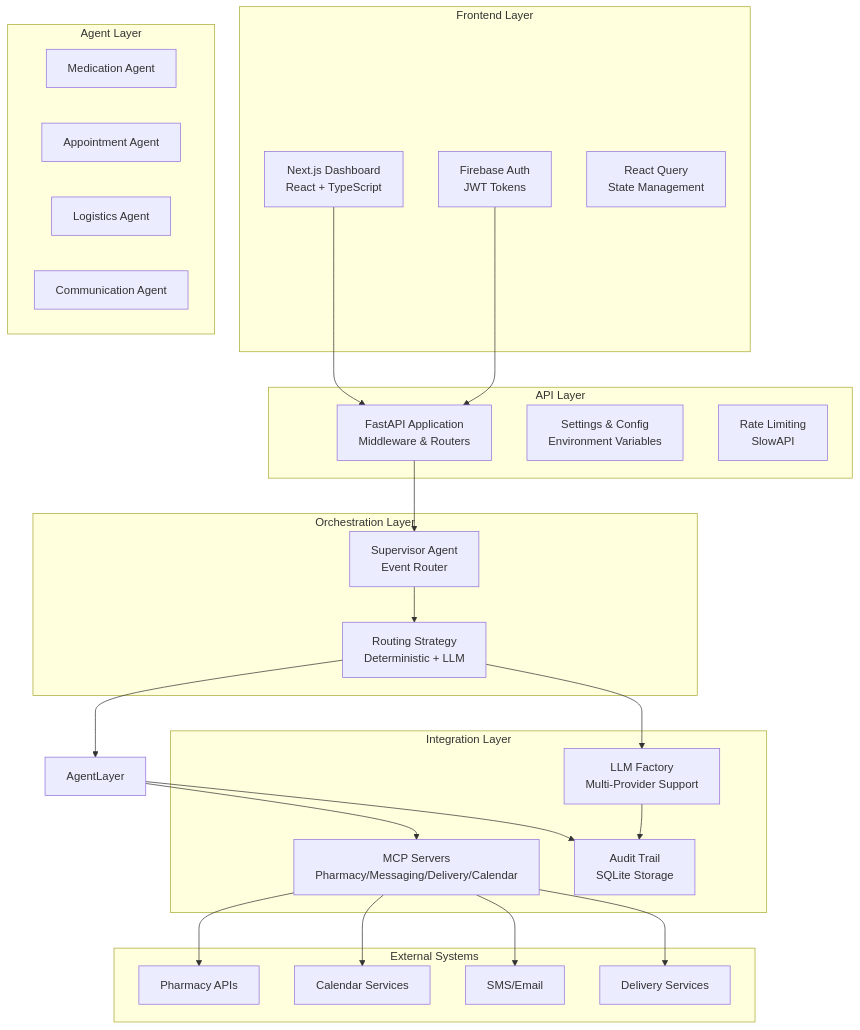
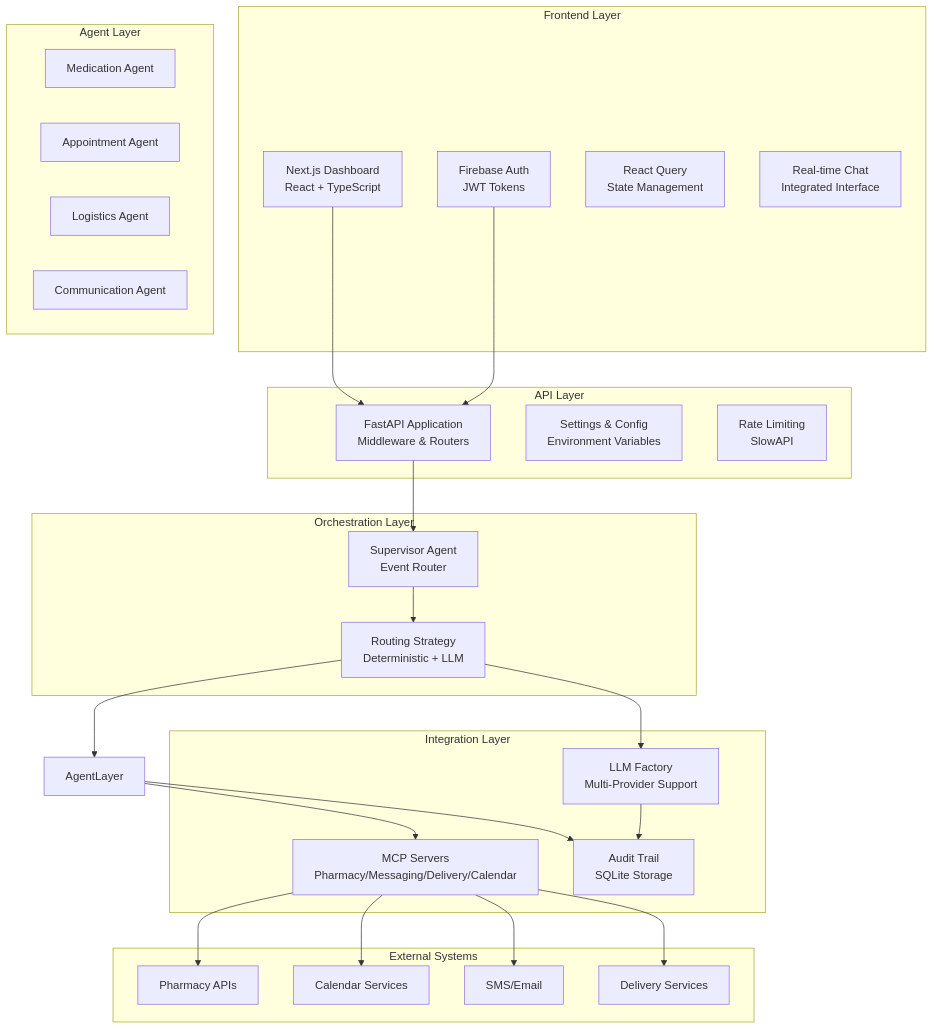
Before and after one commit to infamous-rebel/CareBridge: the first of 10 diagrams in .qoder/repowiki/en/content/Architecture Overview/Architecture Overview.md, drawn with Mermaid. The commit also changed other lines of this file and 6 other files, not shown here.

Commit message:
Fix: empty-list handling for appointments + correct boolean schema for medications

````diff
--- a/.qoder/repowiki/en/content/Architecture Overview/Architecture Overview.md
+++ b/.qoder/repowiki/en/content/Architecture Overview/Architecture Overview.md
@@ -56,47 +59,48 @@
 ```mermaid
 graph TB
 subgraph "Frontend Layer"
 UI[Next.js Dashboard<br/>React + TypeScript]
 Auth[Firebase Auth<br/>JWT Tokens]
 State[React Query<br/>State Management]
+Chat[Real-time Chat<br/>Integrated Interface]
 end
 subgraph "API Layer"
 FastAPI[FastAPI Application<br/>Middleware & Routers]
 Config[Settings & Config<br/>Environment Variables]
 RateLimit[Rate Limiting<br/>SlowAPI]
 end
 subgraph "Orchestration Layer"
 Supervisor[Supervisor Agent<br/>Event Router]
 Strategy[Routing Strategy<br/>Deterministic + LLM]
 end
 subgraph "Agent Layer"
 MedAgent[Medication Agent]
 AptAgent[Appointment Agent]
 LogAgent[Logistics Agent]
 CommAgent[Communication Agent]
 end
 subgraph "Integration Layer"
 MCP[MCP Servers<br/>Pharmacy/Messaging/Delivery/Calendar]
 LLM[LLM Factory<br/>Multi-Provider Support]
 Audit[Audit Trail<br/>SQLite Storage]
 end
 UI --> FastAPI
 Auth --> FastAPI
 FastAPI --> Supervisor
 Supervisor --> Strategy
 Strategy --> AgentLayer
 AgentLayer --> MCP
 Strategy --> LLM
 AgentLayer --> Audit
 LLM --> Audit
 subgraph "External Systems"
 Pharmacy[Pharmacy APIs]
 Calendar[Calendar Services]
 Messaging[SMS/Email]
 Delivery[Delivery Services]
 end
 MCP --> Pharmacy
 MCP --> Calendar
 MCP --> Messaging
 MCP --> Delivery
 ```
````
